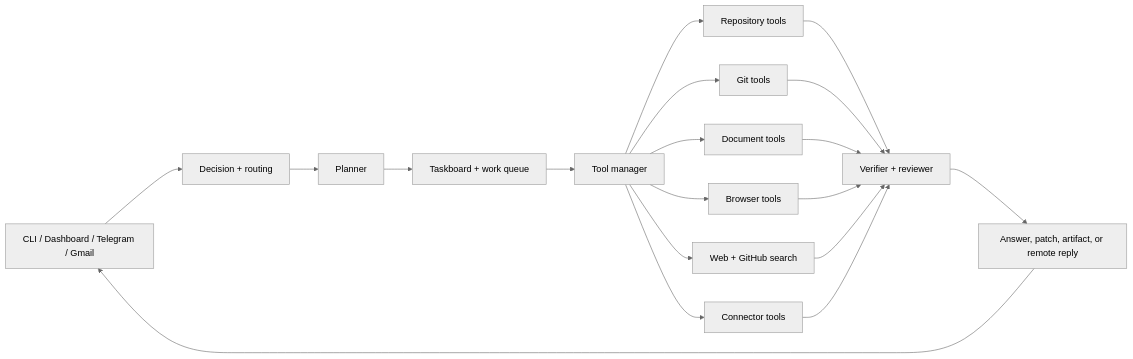
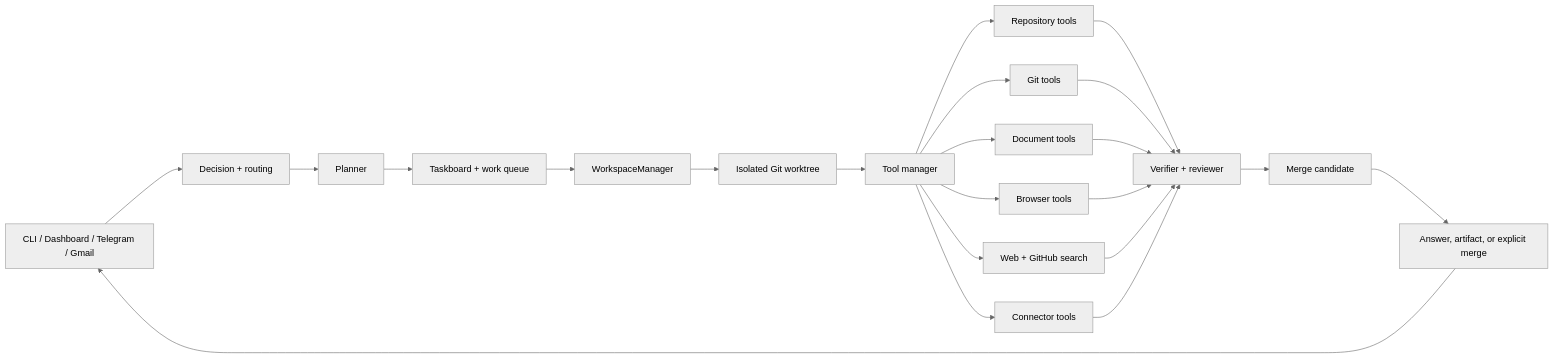
The diagram in README.md (manaplatform/mana-agent), drawn with Mermaid (neutral theme) before and after one commit. The commit also changed other lines of this file and 22 other files, not shown here.

````diff
--- a/README.md
+++ b/README.md
@@ -83,24 +84,27 @@
 ```mermaid
 flowchart LR
     U["CLI / Dashboard / Telegram / Gmail"] --> D["Decision + routing"]
     D --> P["Planner"]
     P --> Q["Taskboard + work queue"]
-    Q --> T["Tool manager"]
+    Q --> W["WorkspaceManager"]
+    W --> WT["Isolated Git worktree"]
+    WT --> T["Tool manager"]
 
     T --> R["Repository tools"]
     T --> G["Git tools"]
     T --> F["Document tools"]
     T --> B["Browser tools"]
     T --> S["Web + GitHub search"]
     T --> C["Connector tools"]
 
     R --> V["Verifier + reviewer"]
     G --> V
     F --> V
     B --> V
     S --> V
     C --> V
 
-    V --> O["Answer, patch, artifact, or remote reply"]
+    V --> MC["Merge candidate"]
+    MC --> O["Answer, artifact, or explicit merge"]
     O --> U
 ```
````
